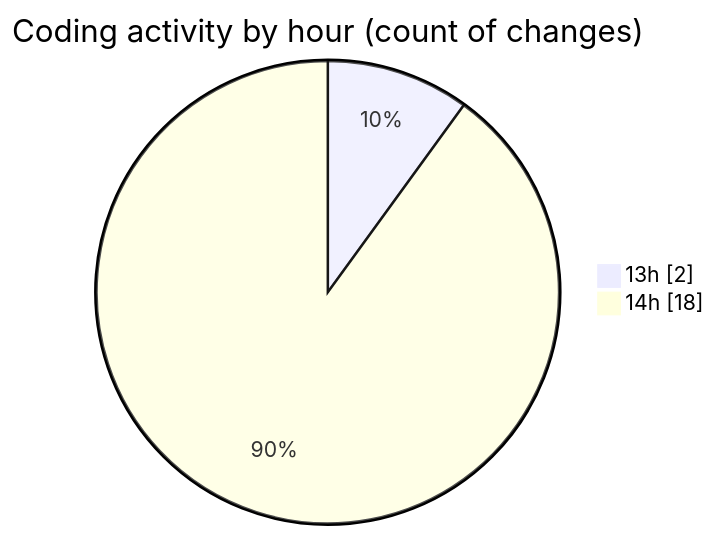
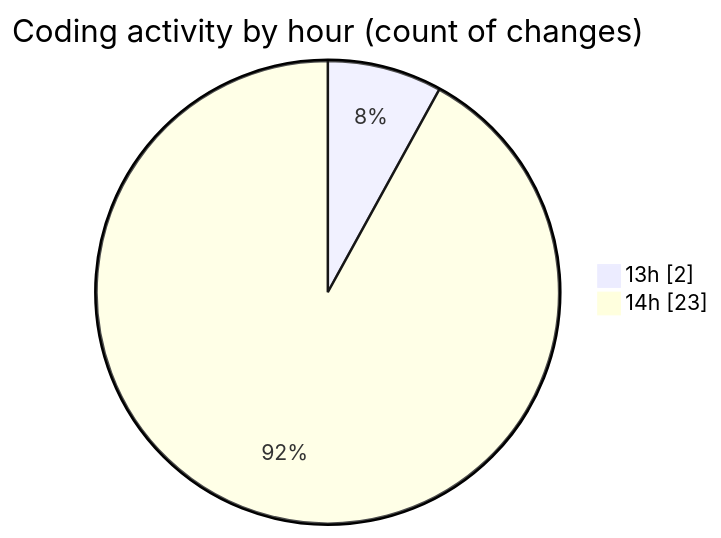
The second of 2 diagrams in 2025-05-31/nxtqube_webapp/README.md (nxtqubesakshisongat/code-tracking), drawn with Mermaid before and after one commit. The commit also changed other lines of this file and 1 other file, not shown here.

````diff
--- a/2025-05-31/nxtqube_webapp/README.md
+++ b/2025-05-31/nxtqube_webapp/README.md
@@ -30,6 +32,6 @@
 ```mermaid
 pie showData
 title Coding activity by hour (count of changes)
 "13h" : 2
-"14h" : 18
+"14h" : 23
 ```
````
